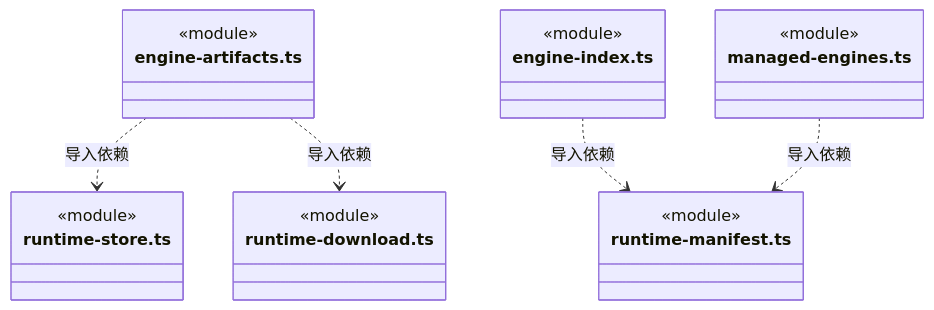
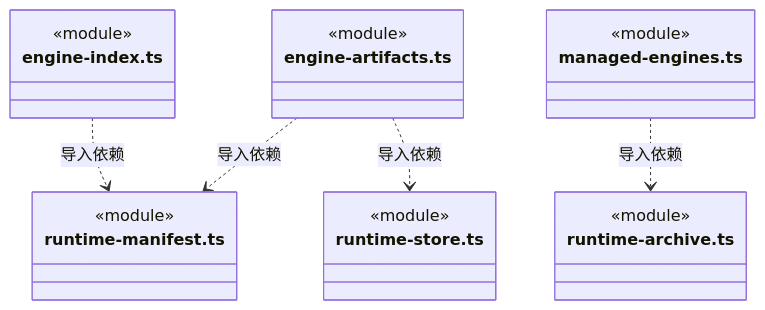
Before and after one commit to nan023062/cbim: diagram 24 of 28 in src/logic/updates/service/ARCHITECTURE.md, drawn with Mermaid. The commit also changed other lines of this file and 112 other files, not shown here.

Commit message:
docs: align source architecture with current declarations and contracts

````diff
--- a/src/logic/updates/service/ARCHITECTURE.md
+++ b/src/logic/updates/service/ARCHITECTURE.md
@@ -657,25 +660,25 @@
 ```mermaid
 classDiagram
 class N_src_logic_updates_service_engine_artifacts_ts["engine-artifacts.ts"] {
   <<module>>
 }
-class N_src_logic_updates_service_runtime_store_ts["runtime-store.ts"] {
+class N_src_logic_updates_service_runtime_manifest_ts["runtime-manifest.ts"] {
   <<module>>
 }
-class N_src_logic_updates_service_runtime_download_ts["runtime-download.ts"] {
+class N_src_logic_updates_service_runtime_store_ts["runtime-store.ts"] {
   <<module>>
 }
 class N_src_logic_updates_service_engine_index_ts["engine-index.ts"] {
   <<module>>
 }
-class N_src_logic_updates_service_runtime_manifest_ts["runtime-manifest.ts"] {
-  <<module>>
-}
 class N_src_logic_updates_service_managed_engines_ts["managed-engines.ts"] {
   <<module>>
 }
+class N_src_logic_updates_service_runtime_archive_ts["runtime-archive.ts"] {
+  <<module>>
+}
+N_src_logic_updates_service_engine_artifacts_ts ..> N_src_logic_updates_service_runtime_manifest_ts : 导入依赖
 N_src_logic_updates_service_engine_artifacts_ts ..> N_src_logic_updates_service_runtime_store_ts : 导入依赖
-N_src_logic_updates_service_engine_artifacts_ts ..> N_src_logic_updates_service_runtime_download_ts : 导入依赖
 N_src_logic_updates_service_engine_index_ts ..> N_src_logic_updates_service_runtime_manifest_ts : 导入依赖
-N_src_logic_updates_service_managed_engines_ts ..> N_src_logic_updates_service_runtime_manifest_ts : 导入依赖
+N_src_logic_updates_service_managed_engines_ts ..> N_src_logic_updates_service_runtime_archive_ts : 导入依赖
 ```
````
